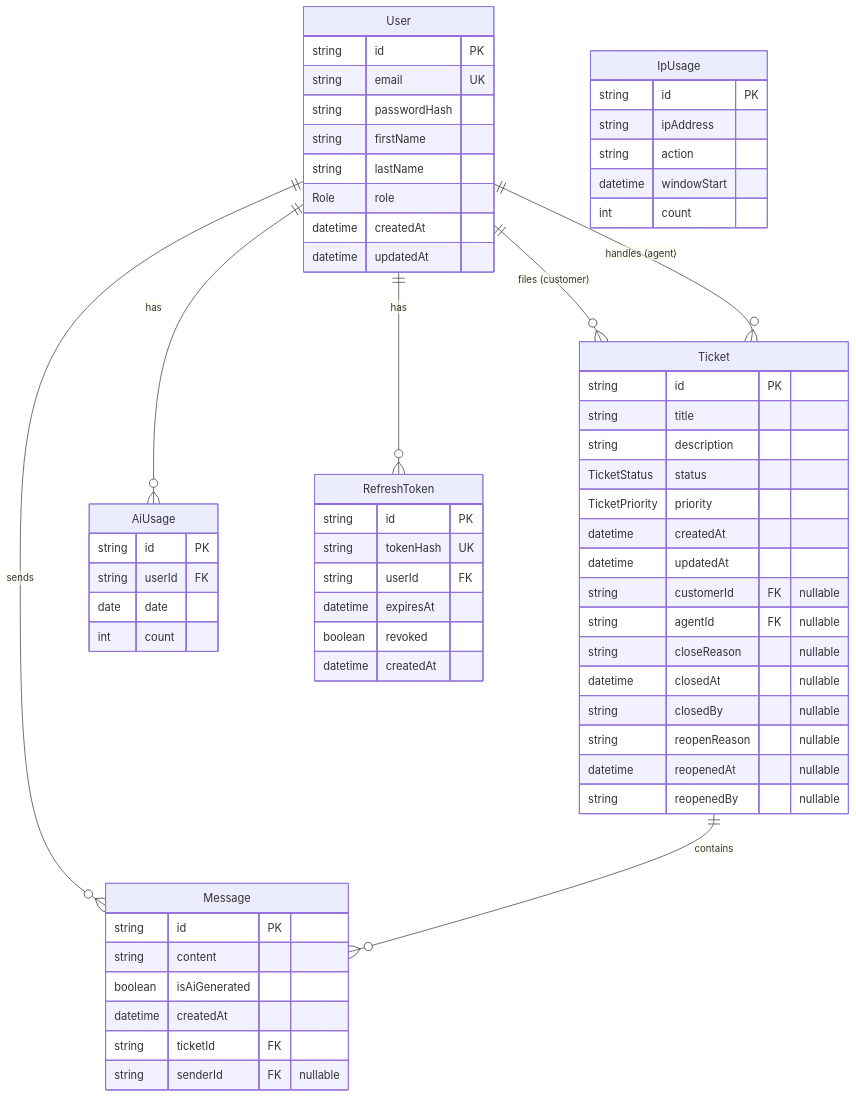
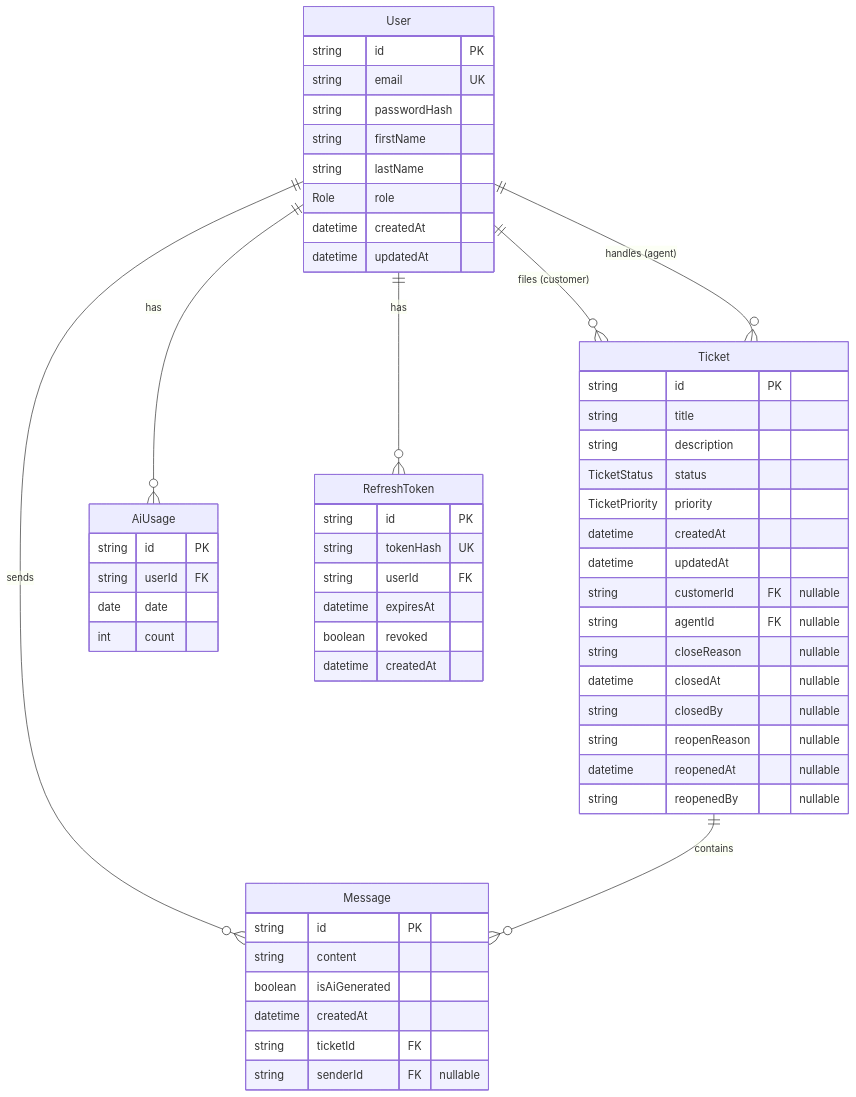
One commit to Molnar-Zoltan/it-helpdesk changed the diagram in docs/schema.md. Above: the diagram before and after it, drawn with Mermaid. The commit also changed other lines of this file and 3 other files, not shown here.

````diff
--- a/docs/schema.md
+++ b/docs/schema.md
@@ -20,71 +19,63 @@
 ```mermaid
 erDiagram
     User ||--o{ Ticket : "files (customer)"
     User ||--o{ Ticket : "handles (agent)"
     User ||--o{ Message : sends
     User ||--o{ AiUsage : has
     User ||--o{ RefreshToken : has
     Ticket ||--o{ Message : contains
 
     User {
         string id PK
         string email UK
         string passwordHash
         string firstName
         string lastName
         Role role
         datetime createdAt
         datetime updatedAt
     }
 
     Ticket {
         string id PK
         string title
         string description
         TicketStatus status
         TicketPriority priority
         datetime createdAt
         datetime updatedAt
         string customerId FK "nullable"
         string agentId FK "nullable"
         string closeReason "nullable"
         datetime closedAt "nullable"
         string closedBy "nullable"
         string reopenReason "nullable"
         datetime reopenedAt "nullable"
         string reopenedBy "nullable"
     }
 
     Message {
         string id PK
         string content
         boolean isAiGenerated
         datetime createdAt
         string ticketId FK
         string senderId FK "nullable"
     }
 
     AiUsage {
         string id PK
         string userId FK
         date date
         int count
     }
 
-    IpUsage {
-        string id PK
-        string ipAddress
-        string action
-        datetime windowStart
-        int count
-    }
-
     RefreshToken {
         string id PK
         string tokenHash UK
         string userId FK
         datetime expiresAt
         boolean revoked
         datetime createdAt
     }
 ```
````
